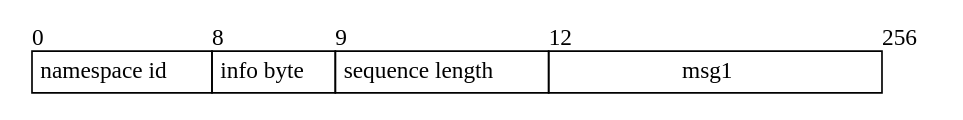
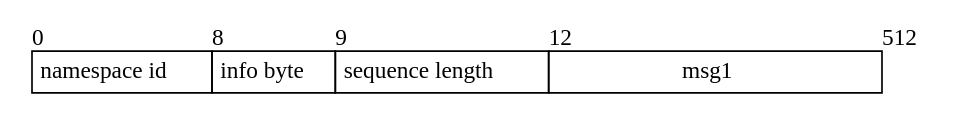
Before and after one commit to celestiaorg/celestia-app: the diagram in specs/src/specs/figures/sparse_start_share.dot, drawn with Graphviz. The commit also changed 9 other files, not shown here.

```diff
--- a/specs/src/specs/figures/sparse_start_share.dot
+++ b/specs/src/specs/figures/sparse_start_share.dot
@@ -1,21 +1,21 @@
 digraph G {
     node [shape = record, penwidth = 0];
 
     share [label=<
     <table border="0" cellborder="1" cellspacing="0">
         <tr>
             <td align="left" border="0" cellpadding="0">0</td>
             <td align="left" border="0" cellpadding="0">8</td>
             <td align="left" border="0" cellpadding="0">9</td>
             <td align="left" border="0" cellpadding="0">12</td>
-            <td align="left" border="0" cellpadding="0">256</td>
+            <td align="left" border="0" cellpadding="0">512</td>
         </tr>
         <tr>
             <td width="8" cellpadding="4">namespace id</td>
             <td width="1" cellpadding="4">info byte</td>
             <td width="4" cellpadding="4">sequence length</td>
             <td width="200" cellpadding="4">msg1</td>
         </tr>
     </table>
     >];
 }
```
